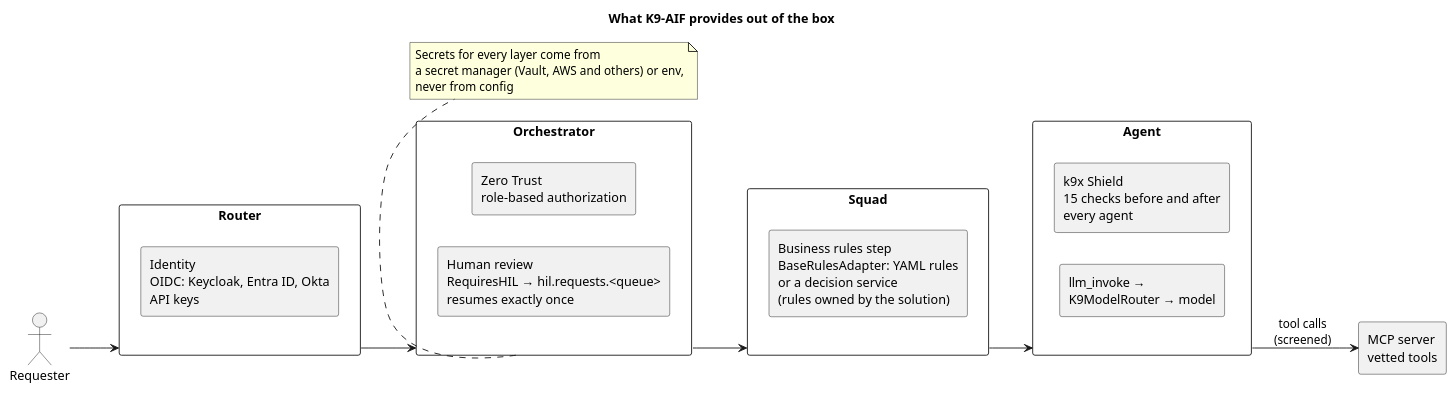
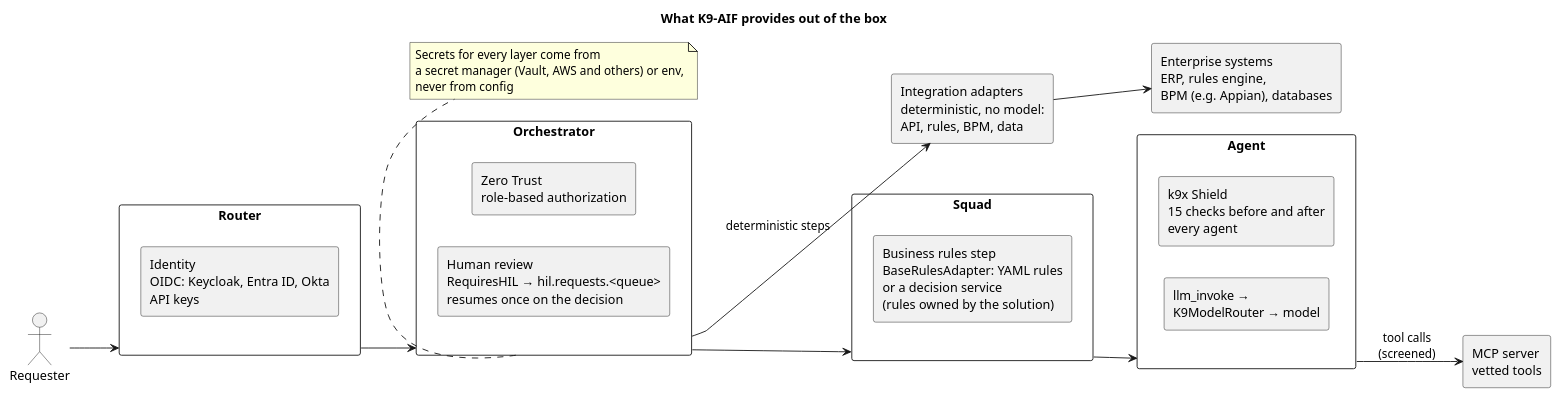
One commit to k9aif/k9-aif-blogs changed the diagram in assets/diagrams/k9aif-oob-capabilities.puml. Above: the diagram before and after it, drawn with PlantUML. The commit also changed 13 other files, not shown here.

First line of the commit message:
Blog: agent hijack defined; how K9-AIF avoids it out of the box; one refund example; class diagram only

```diff
--- a/assets/diagrams/k9aif-oob-capabilities.puml
+++ b/assets/diagrams/k9aif-oob-capabilities.puml
@@ -1,35 +1,39 @@
 @startuml k9aif-oob-capabilities
 title What K9-AIF provides out of the box
 
 left to right direction
 
 actor "Requester" as U
 
 rectangle "Router" as R {
   rectangle "Identity\nOIDC: Keycloak, Entra ID, Okta\nAPI keys" as ID
 }
 rectangle "Orchestrator" as O {
   rectangle "Zero Trust\nrole-based authorization" as ZT
-  rectangle "Human review\nRequiresHIL → hil.requests.<queue>\nresumes exactly once" as HIL
+  rectangle "Human review\nRequiresHIL → hil.requests.<queue>\nresumes once on the decision" as HIL
 }
 rectangle "Squad" as S {
   rectangle "Business rules step\nBaseRulesAdapter: YAML rules\nor a decision service\n(rules owned by the solution)" as RU
 }
 rectangle "Agent" as A {
   rectangle "k9x Shield\n15 checks before and after\nevery agent" as SH
   rectangle "llm_invoke →\nK9ModelRouter → model" as LLM
 }
 rectangle "MCP server\nvetted tools" as MCP
+rectangle "Integration adapters\ndeterministic, no model:\nAPI, rules, BPM, data" as ADP
+rectangle "Enterprise systems\nERP, rules engine,\nBPM (e.g. Appian), databases" as SYS
 
 U --> R
 R --> O
 O --> S
 S --> A
 A --> MCP : tool calls\n(screened)
+O --> ADP : deterministic steps
+ADP --> SYS
 
 note bottom of O
   Secrets for every layer come from
   a secret manager (Vault, AWS and others) or env,
   never from config
 end note
 @enduml
```
